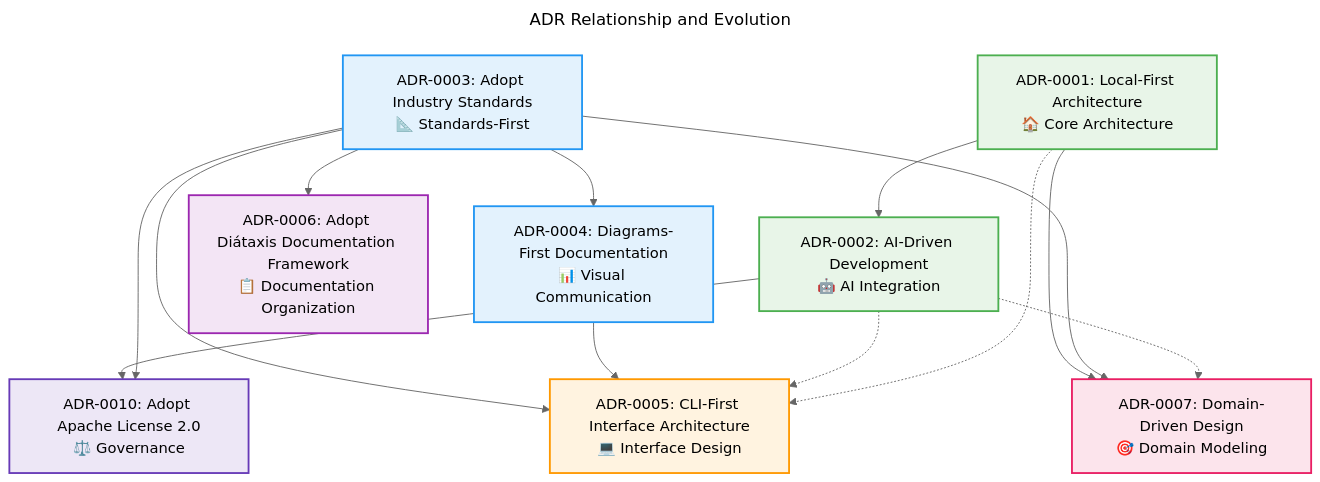
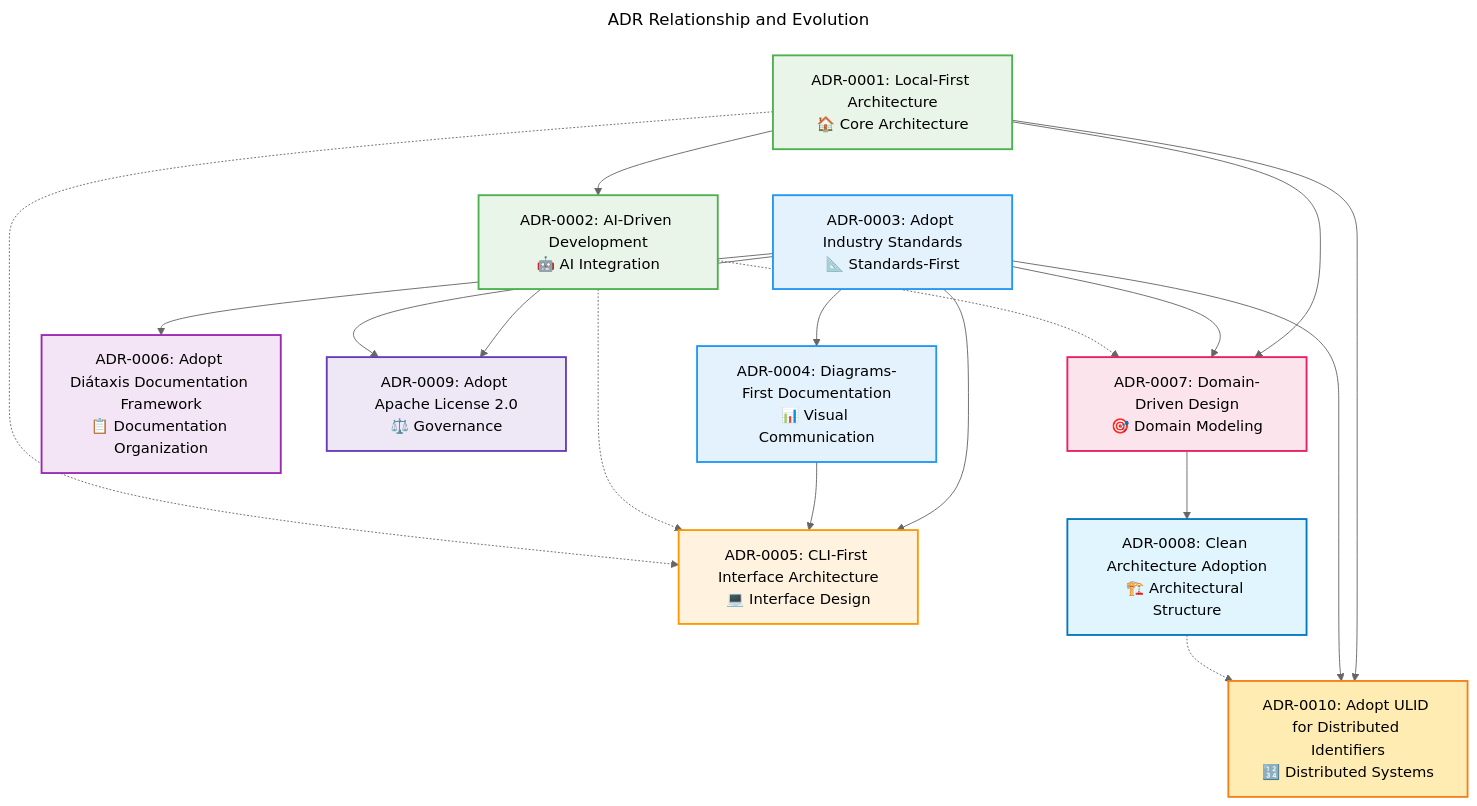
One commit to kamiazya/project-manager changed the second of 2 diagrams in docs/explanation/adr/README.md. Above: the diagram before and after it, drawn with Mermaid. The commit also changed other lines of this file and 78 other files, not shown here.

First line of the commit message:
feat: implement ULID-based identifiers and enhance security (#19)

````diff
--- a/docs/explanation/adr/README.md
+++ b/docs/explanation/adr/README.md
@@ -131,58 +131,68 @@
 ```mermaid
 ---
 title: ADR Relationship and Evolution
 ---
 %%{init: {"theme": "neutral", "themeVariables": {"primaryColor": "#4caf50", "primaryTextColor": "#2e7d32", "primaryBorderColor": "#2e7d32"}}}%%
 graph TD
     %% Foundation ADRs
     ADR_001[ADR-0001: Local-First Architecture<br/>🏠 Core Architecture]
 
     %% Standards and Principles
     ADR_002[ADR-0002: AI-Driven Development<br/>🤖 AI Integration]
     ADR_003[ADR-0003: Adopt Industry Standards<br/>📐 Standards-First]
 
     %% Implementation Approach
     ADR_004[ADR-0004: Diagrams-First Documentation<br/>📊 Visual Communication]
     ADR_005[ADR-0005: CLI-First Interface Architecture<br/>💻 Interface Design]
 
     %% Process and Organization
     ADR_006[ADR-0006: Adopt Diátaxis Documentation Framework<br/>📋 Documentation Organization]
-    ADR_0010[ADR-0010: Adopt Apache License 2.0<br/>⚖️ Governance]
+    ADR_009[ADR-0009: Adopt Apache License 2.0<br/>⚖️ Governance]
 
 
     %% Architecture Design
     ADR_007[ADR-0007: Domain-Driven Design<br/>🎯 Domain Modeling]
+    ADR_008[ADR-0008: Clean Architecture Adoption<br/>🏗️ Architectural Structure]
+    ADR_0010[ADR-0010: Adopt ULID for Distributed Identifiers<br/>🔢 Distributed Systems]
 
     %% Dependencies
     ADR_003 --> ADR_004
     ADR_003 --> ADR_005
     ADR_001 --> ADR_002
     ADR_003 --> ADR_006
     ADR_004 --> ADR_005
     ADR_001 --> ADR_007
     ADR_003 --> ADR_007
-    ADR_002 --> ADR_0010
+    ADR_007 --> ADR_008
+    ADR_002 --> ADR_009
+    ADR_003 --> ADR_009
+    ADR_001 --> ADR_0010
     ADR_003 --> ADR_0010
 
 
     %% Influences (dotted lines)
     ADR_002 -.-> ADR_005
     ADR_001 -.-> ADR_005
     ADR_002 -.-> ADR_007
+    ADR_008 -.-> ADR_0010
 
     %% Styling
     classDef foundation fill:#e8f5e8,stroke:#4caf50,stroke-width:2px
     classDef standards fill:#e3f2fd,stroke:#2196f3,stroke-width:2px
     classDef implementation fill:#fff3e0,stroke:#ff9800,stroke-width:2px
     classDef process fill:#f3e5f5,stroke:#9c27b0,stroke-width:2px
     classDef architecture fill:#fce4ec,stroke:#e91e63,stroke-width:2px
     classDef governance fill:#ede7f6,stroke:#673ab7,stroke-width:2px
+    classDef distributed fill:#ffecb3,stroke:#f57f17,stroke-width:2px
+    classDef structural fill:#e1f5fe,stroke:#0277bd,stroke-width:2px
 
 
     class ADR_001,ADR_002 foundation
     class ADR_003,ADR_004 standards
     class ADR_005 implementation
     class ADR_006 process
     class ADR_007 architecture
-    class ADR_0010 governance
+    class ADR_008 structural
+    class ADR_009 governance
+    class ADR_0010 distributed
 ```
````
